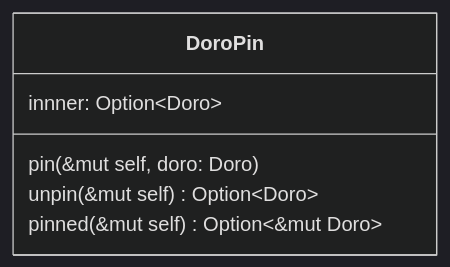
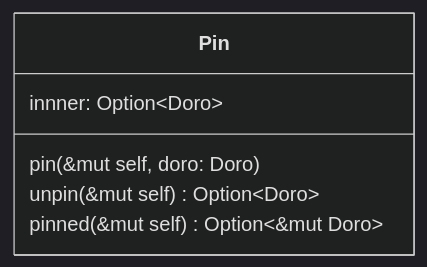
One commit to huangjj27/huangjj27.github.io changed the third of 5 diagrams in src/pomo_doro/doro.md. Above: the diagram before and after it, drawn with Mermaid (dark theme). The commit also changed other lines of this file, not shown here.

Commit message:
sprint1(pomo_doro): DoroPin -> Pin

````diff
--- a/src/pomo_doro/doro.md
+++ b/src/pomo_doro/doro.md
@@ -46,10 +46,10 @@
 ```mermaid
 classDiagram
 
-    class DoroPin {
+    class Pin {
         innner: Option~Doro~
         pin(&mut self, doro: Doro)
         unpin(&mut self) Option~Doro~
         pinned(&mut self) Option~&mut Doro~
     }
 ```
````
